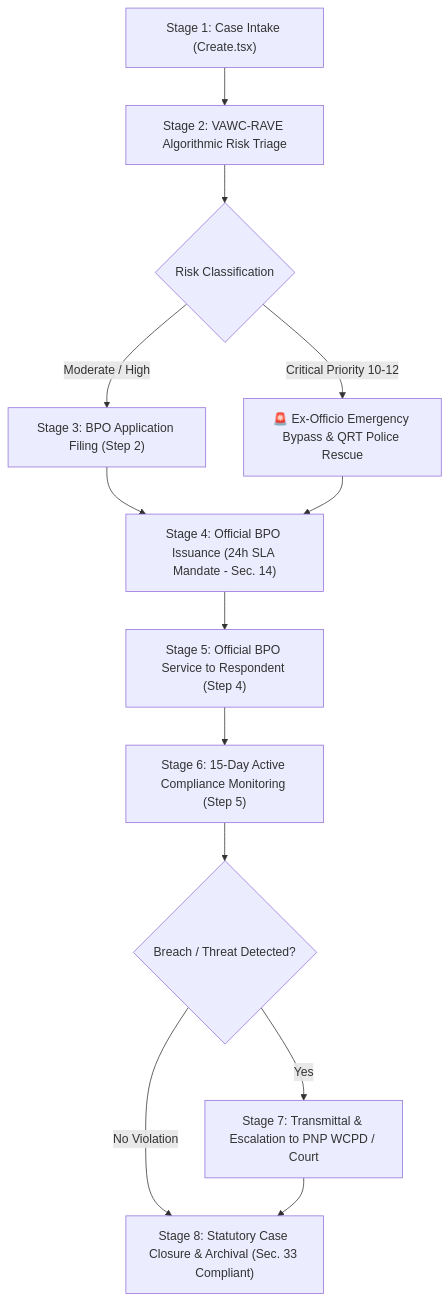
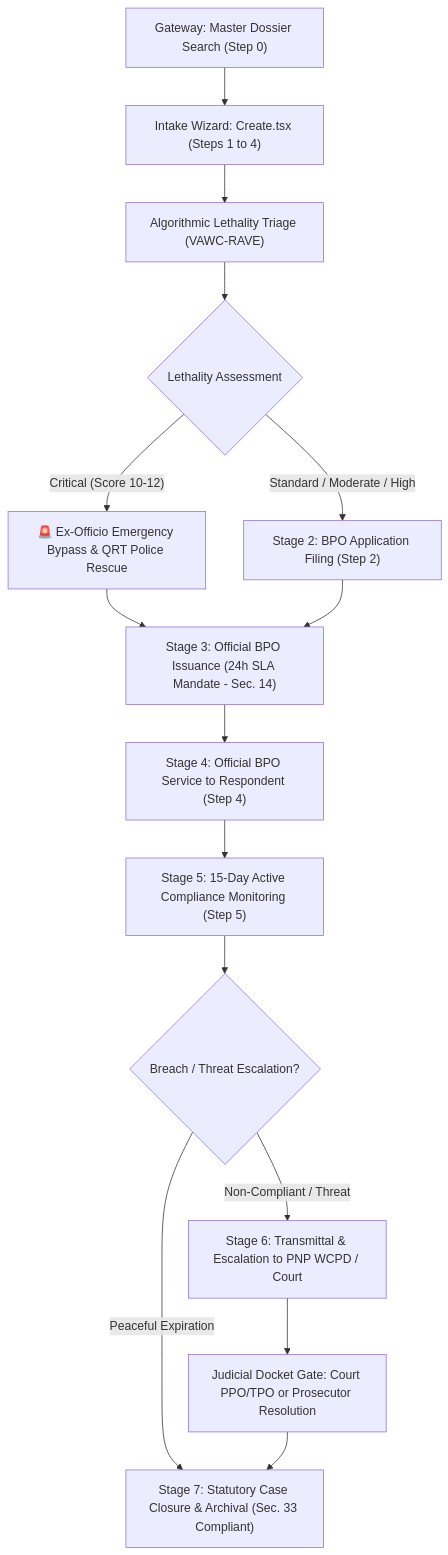
One commit to duustin25/women_and_family_new changed the diagram in docs/VAWC_SYSTEM_USER_GUIDE_AND_PROCESS_MANUAL.md. Above: the diagram before and after it, drawn with Mermaid. The commit also changed other lines of this file and 40 other files, not shown here.

````diff
--- a/docs/VAWC_SYSTEM_USER_GUIDE_AND_PROCESS_MANUAL.md
+++ b/docs/VAWC_SYSTEM_USER_GUIDE_AND_PROCESS_MANUAL.md
@@ -14,15 +15,17 @@
 ```mermaid
 flowchart TD
-    A["Stage 1: Case Intake (Create.tsx)"] --> B["Stage 2: VAWC-RAVE Algorithmic Risk Triage"]
-    B --> C{"Risk Classification"}
-    C -- Critical Priority 10-12 --> D["🚨 Ex-Officio Emergency Bypass & QRT Police Rescue"]
-    C -- Moderate / High --> E["Stage 3: BPO Application Filing (Step 2)"]
-    E --> F["Stage 4: Official BPO Issuance (24h SLA Mandate - Sec. 14)"]
-    D --> F
-    F --> G["Stage 5: Official BPO Service to Respondent (Step 4)"]
-    G --> H["Stage 6: 15-Day Active Compliance Monitoring (Step 5)"]
-    H --> I{"Breach / Threat Detected?"}
-    I -- Yes --> J["Stage 7: Transmittal & Escalation to PNP WCPD / Court"]
-    I -- No Violation --> K["Stage 8: Statutory Case Closure & Archival (Sec. 33 Compliant)"]
-    J --> K
+    A["Gateway: Master Dossier Search (Step 0)"] --> B["Intake Wizard: Create.tsx (Steps 1 to 4)"]
+    B --> C["Algorithmic Lethality Triage (VAWC-RAVE)"]
+    C --> D{"Lethality Assessment"}
+    D -- Critical (Score 10-12) --> E["🚨 Ex-Officio Emergency Bypass & QRT Police Rescue"]
+    D -- Standard / Moderate / High --> F["Stage 2: BPO Application Filing (Step 2)"]
+    E --> G["Stage 3: Official BPO Issuance (24h SLA Mandate - Sec. 14)"]
+    F --> G
+    G --> H["Stage 4: Official BPO Service to Respondent (Step 4)"]
+    H --> I["Stage 5: 15-Day Active Compliance Monitoring (Step 5)"]
+    I --> J{"Breach / Threat Escalation?"}
+    J -- Non-Compliant / Threat --> K["Stage 6: Transmittal & Escalation to PNP WCPD / Court"]
+    J -- Peaceful Expiration --> L["Stage 7: Statutory Case Closure & Archival (Sec. 33 Compliant)"]
+    K --> M["Judicial Docket Gate: Court PPO/TPO or Prosecutor Resolution"]
+    M --> L
 ```
````
